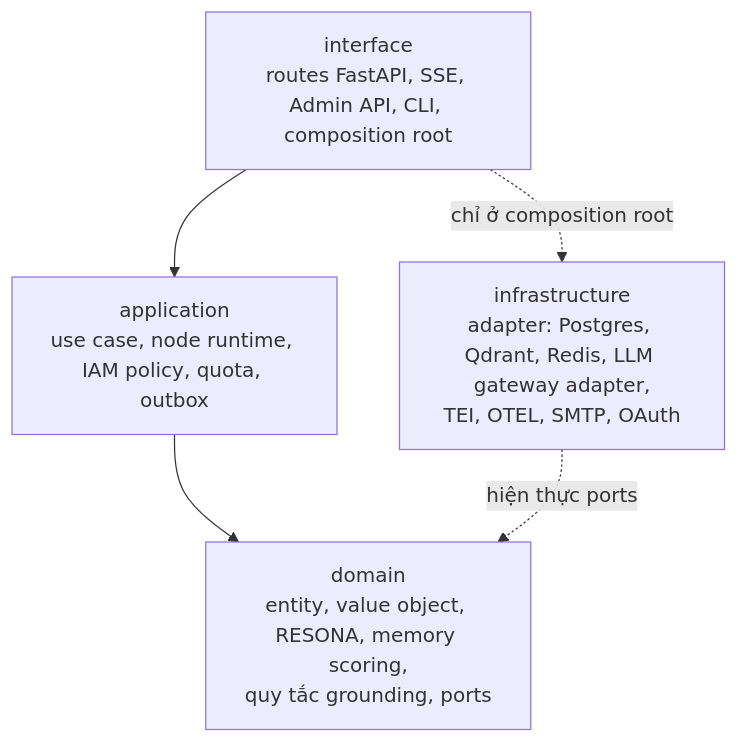
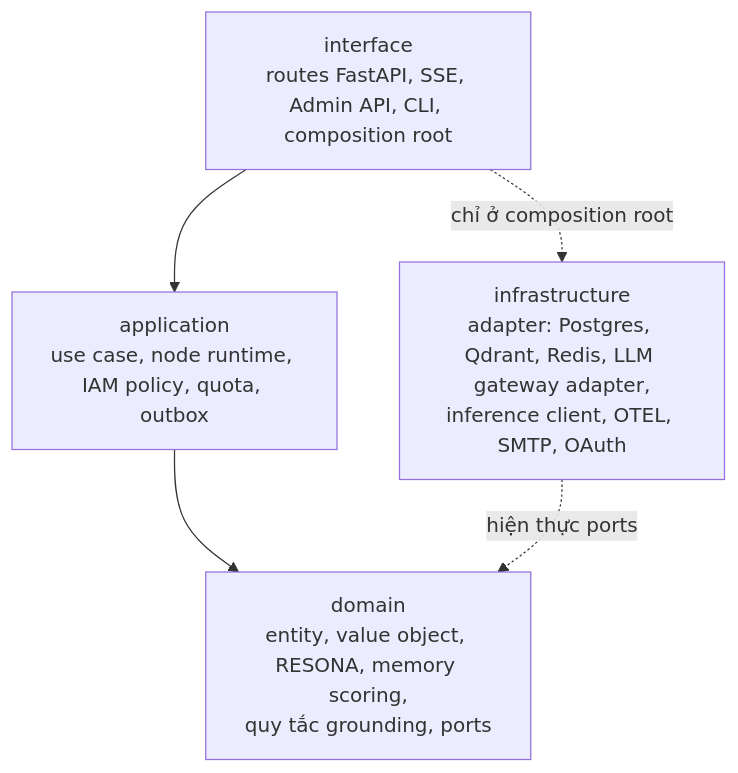
One commit to HoanBuCon/Kuchiba-Chisa changed the fourth of 23 diagrams in docs/SRS_Chisa_v2_Advanced_Agentic_RAG.md. Above: the diagram before and after it, drawn with Mermaid. The commit also changed other lines of this file and 1 other file, not shown here.

First line of the commit message:
docs(srs): record the self-hosted inference service (v2.2.1)

````diff
--- a/docs/SRS_Chisa_v2_Advanced_Agentic_RAG.md
+++ b/docs/SRS_Chisa_v2_Advanced_Agentic_RAG.md
@@ -317,11 +318,11 @@
 ```mermaid
 flowchart TB
   IF["interface<br/>routes FastAPI, SSE, Admin API, CLI, composition root"]
   APP["application<br/>use case, node runtime, IAM policy, quota, outbox"]
   DOM["domain<br/>entity, value object, RESONA, memory scoring,<br/>quy tắc grounding, ports"]
-  INFRA["infrastructure<br/>adapter: Postgres, Qdrant, Redis, LLM gateway adapter,<br/>TEI, OTEL, SMTP, OAuth"]
+  INFRA["infrastructure<br/>adapter: Postgres, Qdrant, Redis, LLM gateway adapter,<br/>inference client, OTEL, SMTP, OAuth"]
   IF --> APP
   APP --> DOM
   INFRA -. hiện thực ports .-> DOM
   IF -. chỉ ở composition root .-> INFRA
 ```
````
